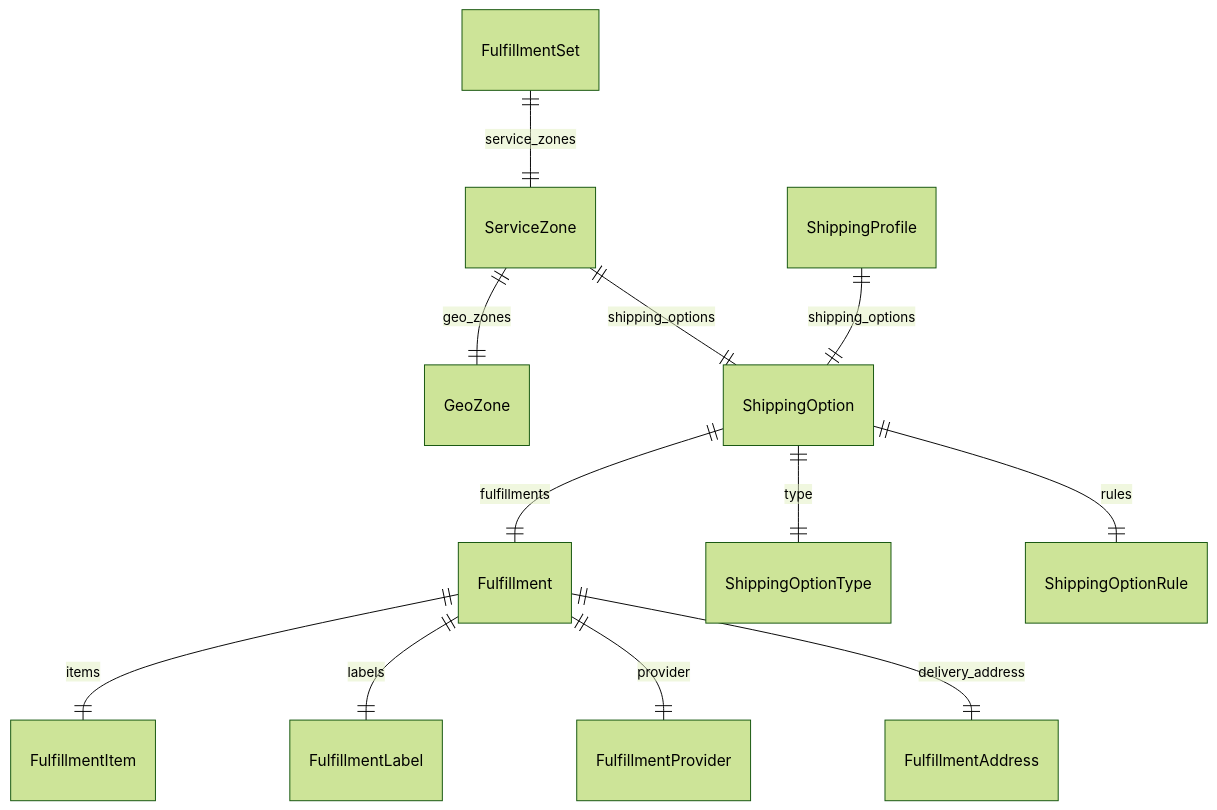
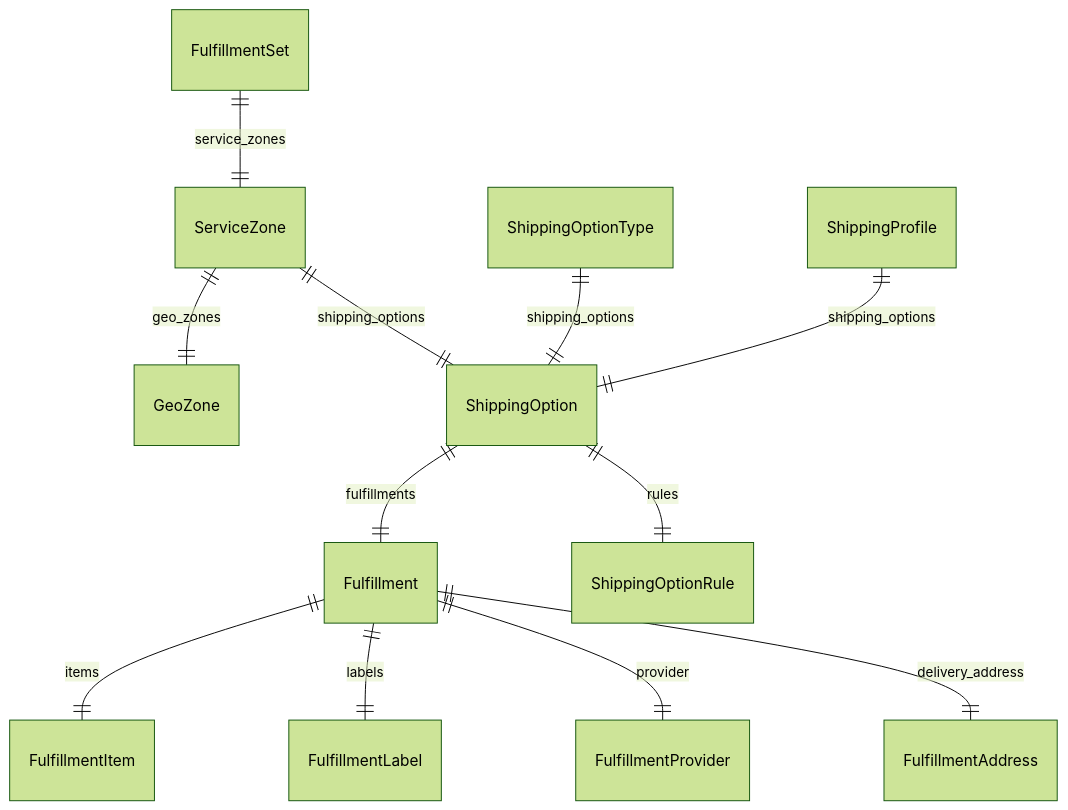
One commit to Balachandru-ai/medusajs changed the diagram in www/apps/resources/references/modules/fulfillment_models/page.mdx. Above: the diagram before and after it, drawn with Mermaid (forest theme). The commit also changed 980 other files, not shown here.

````diff
--- a/www/apps/resources/references/modules/fulfillment_models/page.mdx
+++ b/www/apps/resources/references/modules/fulfillment_models/page.mdx
@@ -14,15 +14,15 @@
 ```mermaid
 erDiagram
 	Fulfillment ||--|| FulfillmentItem : items
 	Fulfillment ||--|| FulfillmentLabel : labels
 	Fulfillment ||--|| FulfillmentProvider : provider
 	Fulfillment ||--|| FulfillmentAddress : delivery_address
 	FulfillmentSet ||--|| ServiceZone : service_zones
 	ServiceZone ||--|| GeoZone : geo_zones
 	ServiceZone ||--|| ShippingOption : shipping_options
-	ShippingOption ||--|| ShippingOptionType : type
 	ShippingOption ||--|| ShippingOptionRule : rules
 	ShippingOption ||--|| Fulfillment : fulfillments
+	ShippingOptionType ||--|| ShippingOption : shipping_options
 	ShippingProfile ||--|| ShippingOption : shipping_options
 
 ```
````
